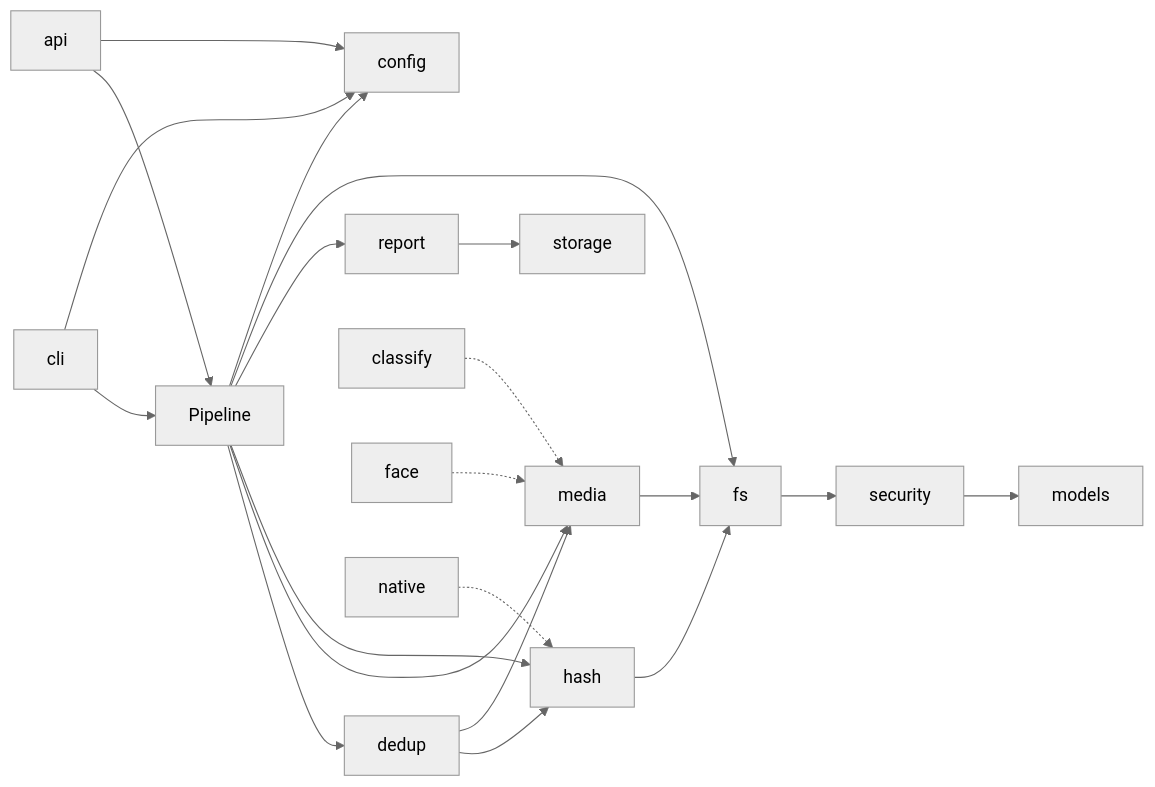
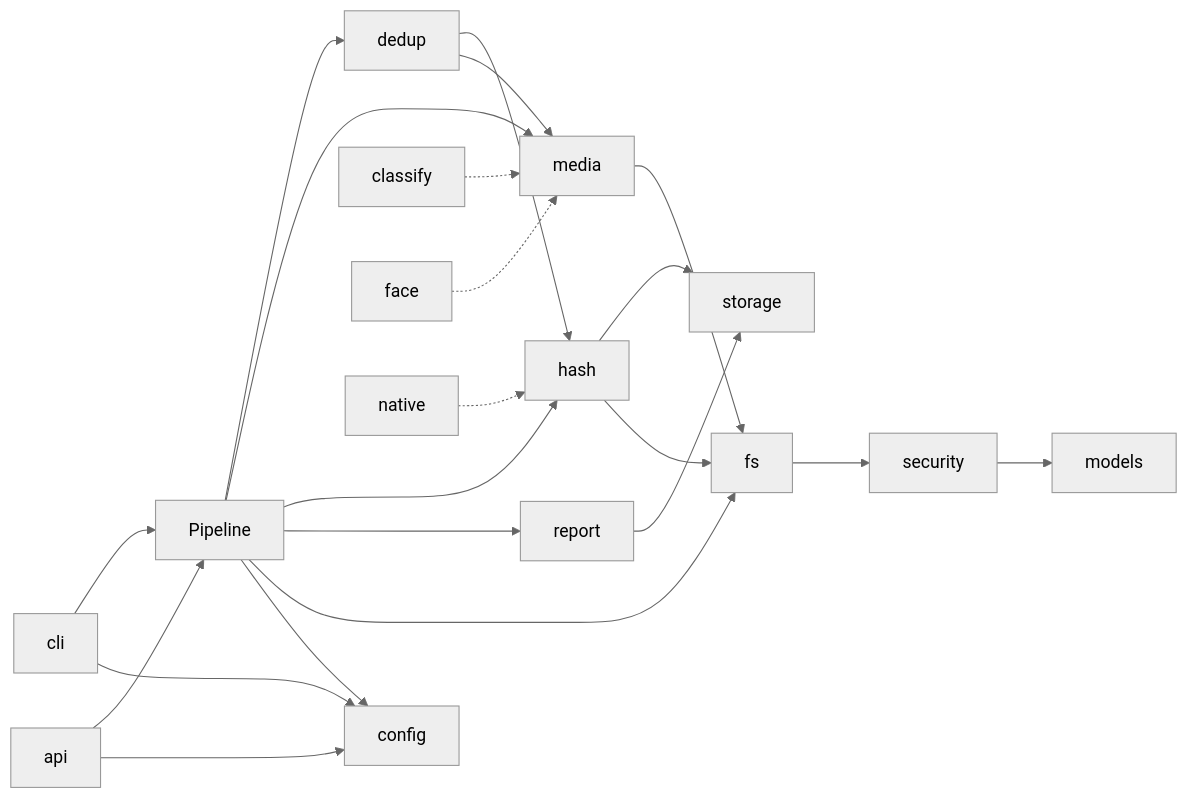
Before and after one commit to lgtm-hq/winnow: the second of 2 diagrams in docs/ARCHITECTURE.md, drawn with Mermaid (neutral theme). The commit also changed 5 other files, not shown here.

````diff
--- a/docs/ARCHITECTURE.md
+++ b/docs/ARCHITECTURE.md
@@ -248,23 +248,24 @@
 ```mermaid
 flowchart LR
   CLI[cli] --> Pipeline
   API[api] --> Pipeline
   Pipeline --> Dedup[dedup]
   Pipeline --> Media[media]
   Pipeline --> Hash[hash]
   Pipeline --> Report[report]
   Report --> Storage[storage]
+  Hash --> Storage
   Dedup --> Hash
   Dedup --> Media
   Media --> FS[fs]
   Hash --> FS
   Pipeline --> FS
   FS --> Security[security]
   Security --> Models[models]
   Pipeline --> Config[config]
   CLI --> Config
   API --> Config
   Classify[classify] -.-> Media
   Face[face] -.-> Media
   Native[native] -.-> Hash
 ```
````
